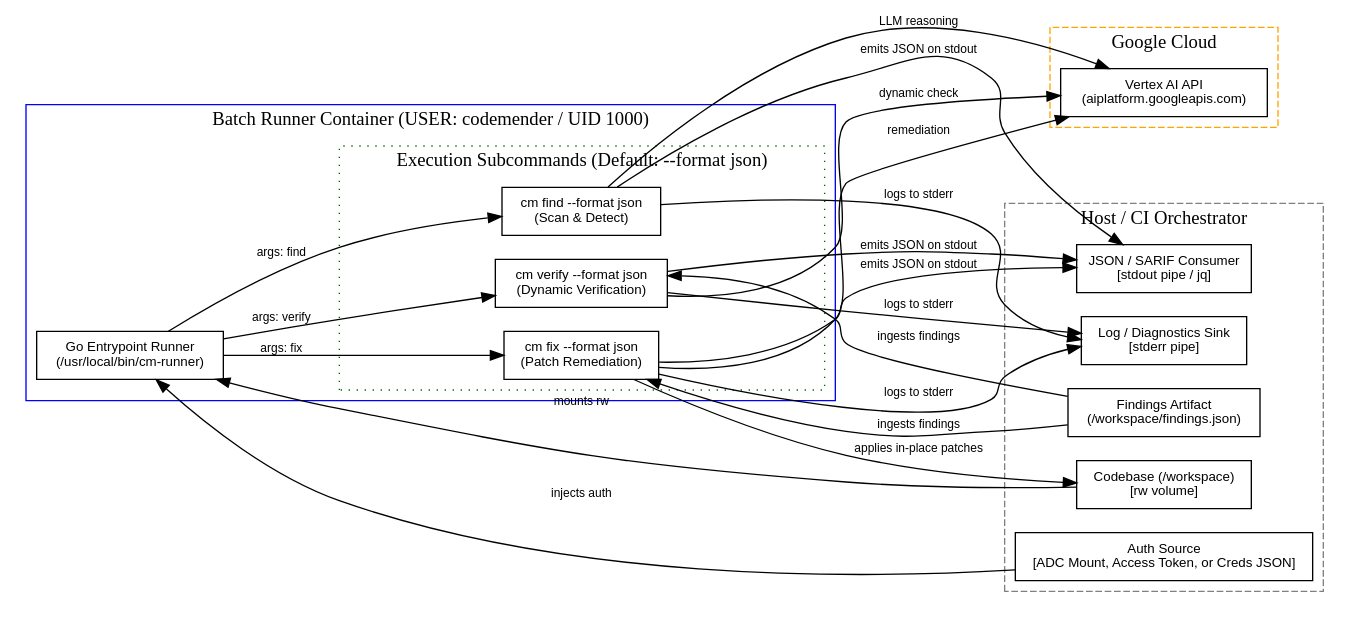
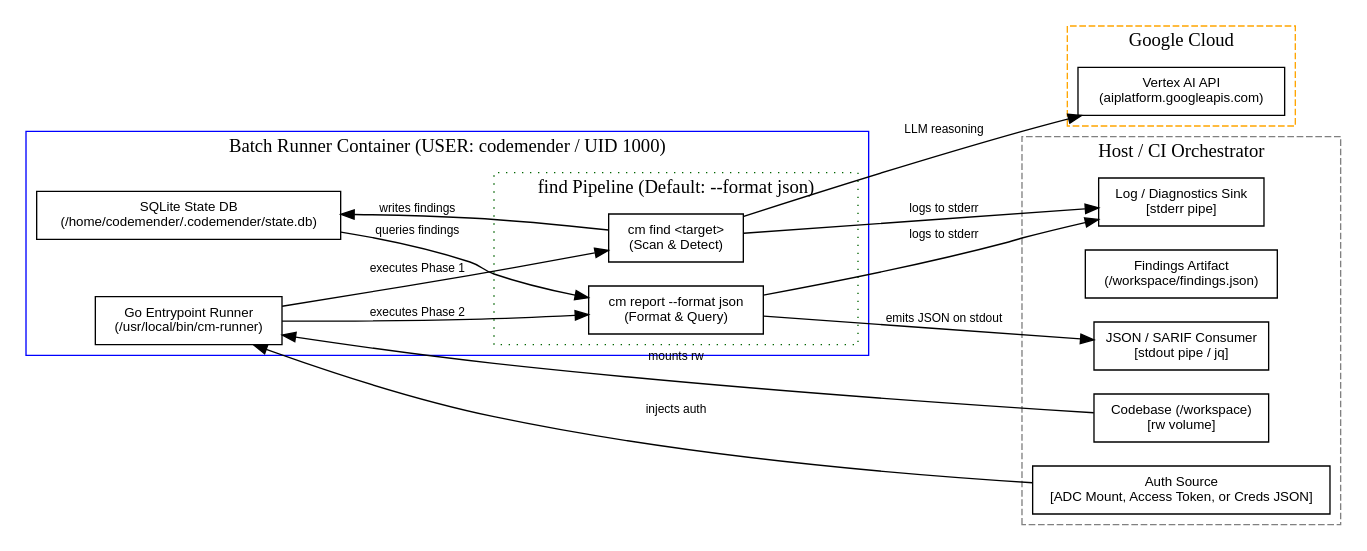
One commit to cledoux/cm-connect changed the diagram in adrs/ADR-0001.md. Above: the diagram before and after it, drawn with Graphviz. The commit also changed other lines of this file and 3 other files, not shown here.

First line of the commit message:
spec(runner): define two-phase scan and report synthesis for cm find

````diff
--- a/adrs/ADR-0001.md
+++ b/adrs/ADR-0001.md
@@ -242,68 +249,58 @@
 ```dot
 digraph G {
   rankdir=LR;
   node [shape=box, fontname="Helvetica", fontsize=10];
   edge [fontname="Helvetica", fontsize=9];
 
   subgraph cluster_host {
     label="Host / CI Orchestrator";
     style=dashed;
     color=gray;
 
     Workspace [label="Codebase (/workspace)\n[rw volume]"];
     FindingsFile [label="Findings Artifact\n(/workspace/findings.json)"];
     AuthSource [label="Auth Source\n[ADC Mount, Access Token, or Creds JSON]"];
     JSONCollector [label="JSON / SARIF Consumer\n[stdout pipe / jq]"];
     LogCollector [label="Log / Diagnostics Sink\n[stderr pipe]"];
   }
 
   subgraph cluster_container {
     label="Batch Runner Container (USER: codemender / UID 1000)";
     style=solid;
     color=blue;
 
     GoRunner [label="Go Entrypoint Runner\n(/usr/local/bin/cm-runner)"];
+    SQLiteDB [label="SQLite State DB\n(/home/codemender/.codemender/state.db)"];
     
     subgraph cluster_stages {
-      label="Execution Subcommands (Default: --format json)";
+      label="find Pipeline (Default: --format json)";
       style=dotted;
       color=darkgreen;
 
-      FindStage [label="cm find --format json\n(Scan & Detect)"];
-      VerifyStage [label="cm verify --format json\n(Dynamic Verification)"];
-      FixStage [label="cm fix --format json\n(Patch Remediation)"];
+      FindStage [label="cm find <target>\n(Scan & Detect)"];
+      ReportStage [label="cm report --format json\n(Format & Query)"];
     }
   }
 
   subgraph cluster_cloud {
     label="Google Cloud";
     style=dashed;
     color=orange;
 
     VertexAI [label="Vertex AI API\n(aiplatform.googleapis.com)"];
   }
 
   Workspace -> GoRunner [label="mounts rw"];
   AuthSource -> GoRunner [label="injects auth"];
-  FindingsFile -> VerifyStage [label="ingests findings"];
-  FindingsFile -> FixStage [label="ingests findings"];
   
-  GoRunner -> FindStage [label="args: find"];
-  GoRunner -> VerifyStage [label="args: verify"];
-  GoRunner -> FixStage [label="args: fix"];
-
+  GoRunner -> FindStage [label="executes Phase 1"];
   FindStage -> VertexAI [label="LLM reasoning"];
-  VerifyStage -> VertexAI [label="dynamic check"];
-  FixStage -> VertexAI [label="remediation"];
-
-  FindStage -> JSONCollector [label="emits JSON on stdout"];
-  VerifyStage -> JSONCollector [label="emits JSON on stdout"];
-  FixStage -> JSONCollector [label="emits JSON on stdout"];
+  FindStage -> SQLiteDB [label="writes findings"];
+  FindStage -> LogCollector [label="logs to stderr"];
   
-  FindStage -> LogCollector [label="logs to stderr"];
-  VerifyStage -> LogCollector [label="logs to stderr"];
-  FixStage -> LogCollector [label="logs to stderr"];
-  
-  FixStage -> Workspace [label="applies in-place patches"];
+  GoRunner -> ReportStage [label="executes Phase 2"];
+  SQLiteDB -> ReportStage [label="queries findings"];
+  ReportStage -> JSONCollector [label="emits JSON on stdout"];
+  ReportStage -> LogCollector [label="logs to stderr"];
 }
 ```
````
